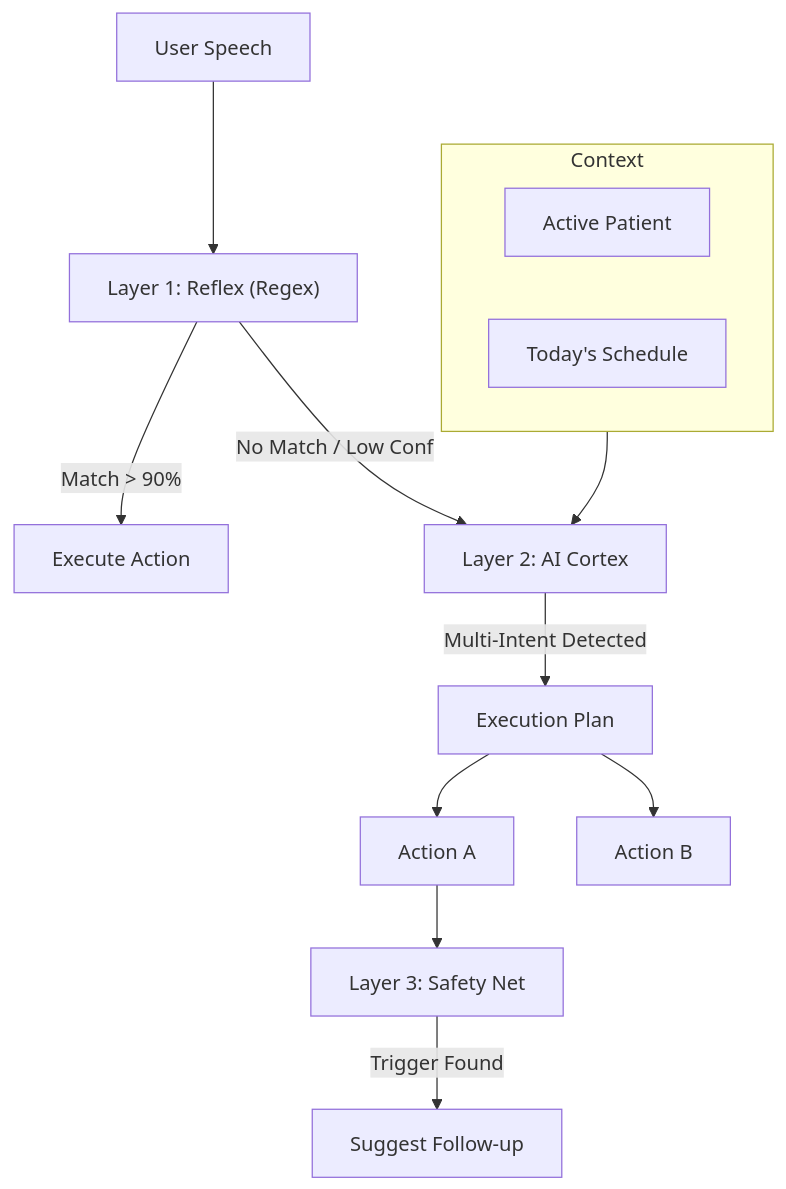
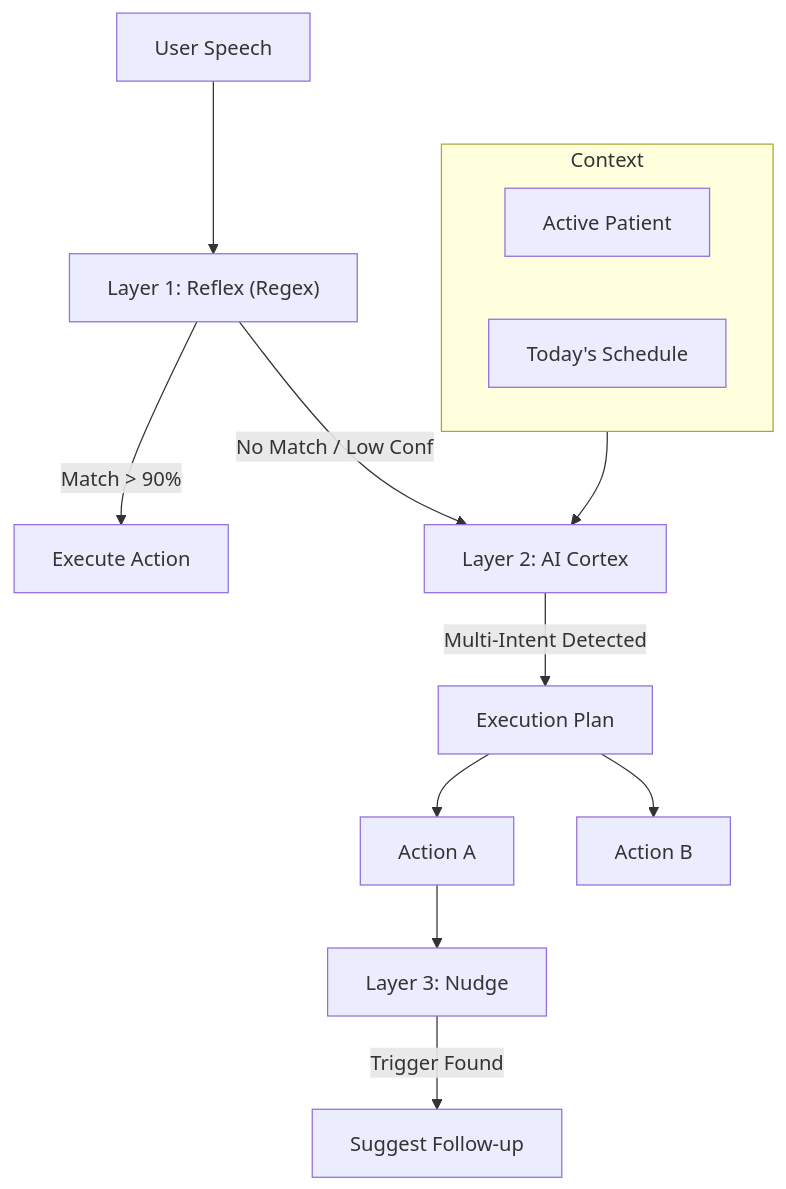
One commit to ikbenlit/mini-epd-prototype changed the diagram in docs/intent/intent-architecture-v2-proposal.md. Above: the diagram before and after it, drawn with Mermaid. The commit also changed other lines of this file and 97 other files, not shown here.

````diff
--- a/docs/intent/intent-architecture-v2-proposal.md
+++ b/docs/intent/intent-architecture-v2-proposal.md
@@ -67,20 +67,20 @@
 ```mermaid
 graph TD
     User["User Speech"] --> Reflex["Layer 1: Reflex (Regex)"]
     Reflex -->|Match > 90%| Action["Execute Action"]
     Reflex -->|No Match / Low Conf| Cortex["Layer 2: AI Cortex"]
     
     subgraph Context
         Store["Active Patient"]
         Agenda["Today's Schedule"]
     end
     
     Context --> Cortex
     
     Cortex -->|Multi-Intent Detected| Plan["Execution Plan"]
     Plan --> Action1["Action A"]
     Plan --> Action2["Action B"]
     
-    Action1 --> Safety["Layer 3: Safety Net"]
+    Action1 --> Safety["Layer 3: Nudge"]
     Safety -->|Trigger Found| Suggestion["Suggest Follow-up"]
 ```
````
